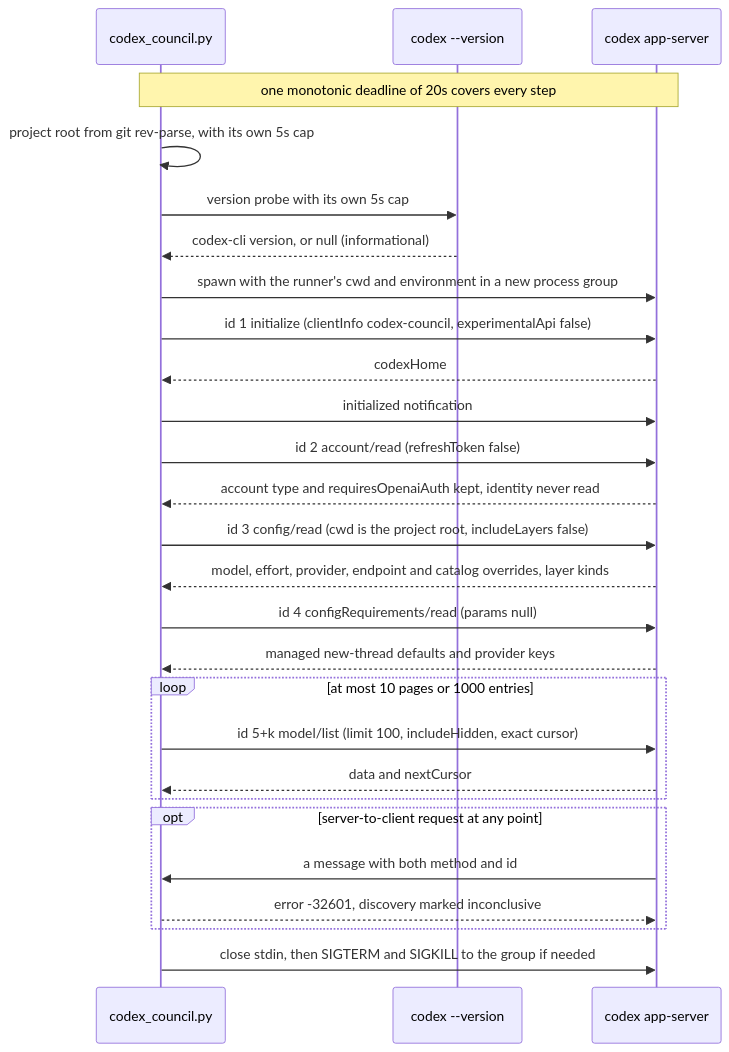
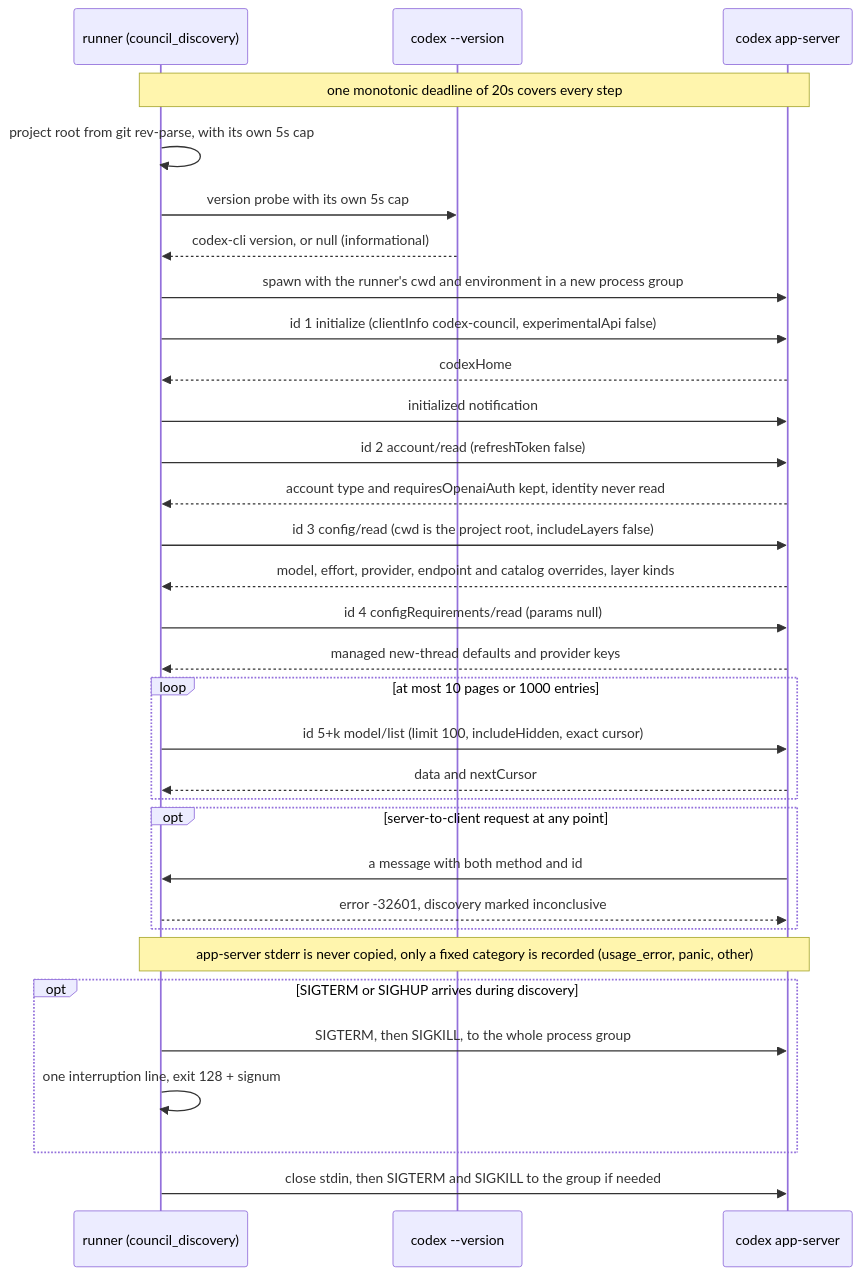
The third of 6 diagrams in DESIGN.md (ehzawad/codex-council), drawn with Mermaid before and after one commit. The commit also changed other lines of this file and 1 other file, not shown here.

First line of the commit message:
Refresh diagrams: module layout, failure paths that keep state, discovery teardown

````diff
--- a/DESIGN.md
+++ b/DESIGN.md
@@ -438,30 +457,35 @@
 ```mermaid
 sequenceDiagram
-    participant R as codex_council.py
+    participant R as runner (council_discovery)
     participant V as codex --version
     participant A as codex app-server
 
     Note over R,A: one monotonic deadline of 20s covers every step
     R->>R: project root from git rev-parse, with its own 5s cap
     R->>V: version probe with its own 5s cap
     V-->>R: codex-cli version, or null (informational)
     R->>A: spawn with the runner's cwd and environment in a new process group
     R->>A: id 1 initialize (clientInfo codex-council, experimentalApi false)
     A-->>R: codexHome
     R->>A: initialized notification
     R->>A: id 2 account/read (refreshToken false)
     A-->>R: account type and requiresOpenaiAuth kept, identity never read
     R->>A: id 3 config/read (cwd is the project root, includeLayers false)
     A-->>R: model, effort, provider, endpoint and catalog overrides, layer kinds
     R->>A: id 4 configRequirements/read (params null)
     A-->>R: managed new-thread defaults and provider keys
     loop at most 10 pages or 1000 entries
         R->>A: id 5+k model/list (limit 100, includeHidden, exact cursor)
         A-->>R: data and nextCursor
     end
     opt server-to-client request at any point
         A->>R: a message with both method and id
         R-->>A: error -32601, discovery marked inconclusive
     end
+    Note over R,A: app-server stderr is never copied, only a fixed category is recorded (usage_error, panic, other)
+    opt SIGTERM or SIGHUP arrives during discovery
+        R->>A: SIGTERM, then SIGKILL, to the whole process group
+        R->>R: one interruption line, exit 128 + signum
+    end
     R->>A: close stdin, then SIGTERM and SIGKILL to the group if needed
 ```
````
